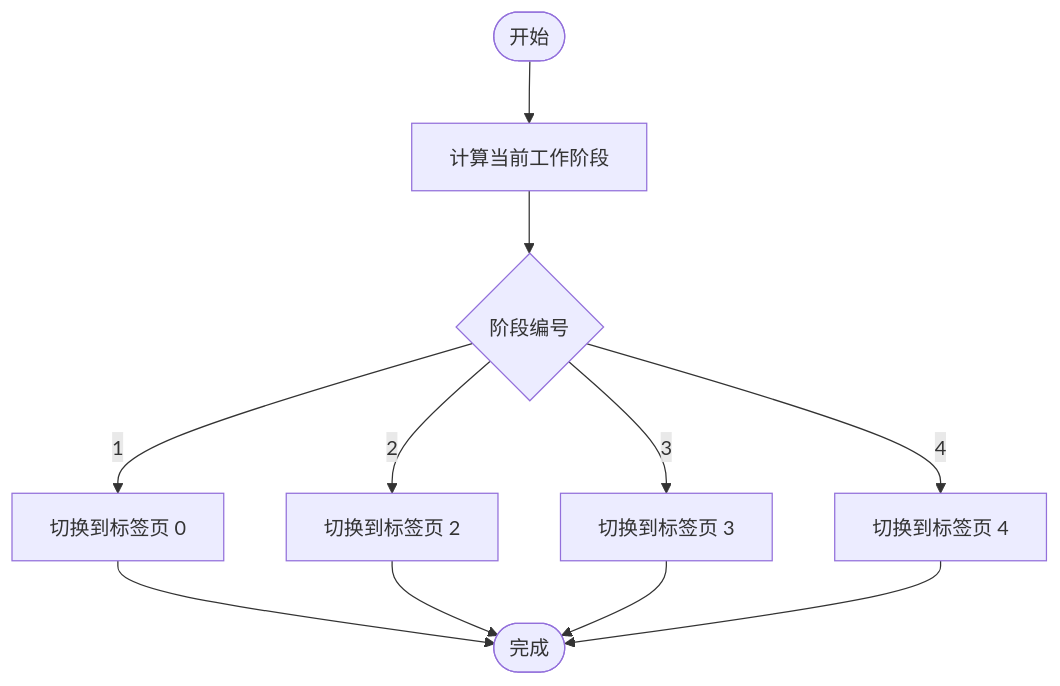
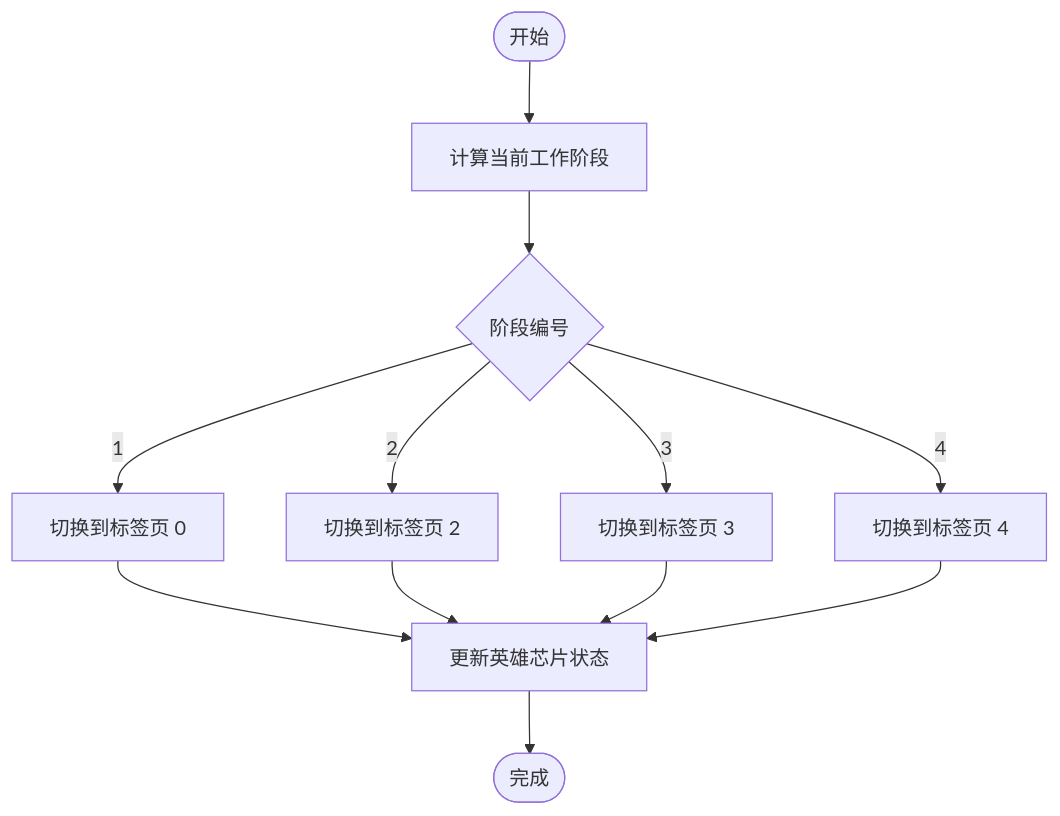
Before and after one commit to wsqstar/RoadGen3D: the fifth of 9 diagrams in .qoder/repowiki/zh/content/Web界面系统/工作台界面/设计草案面板.md, drawn with Mermaid. The commit also changed other lines of this file and 13 other files, not shown here.

````diff
--- a/.qoder/repowiki/zh/content/Web界面系统/工作台界面/设计草案面板.md
+++ b/.qoder/repowiki/zh/content/Web界面系统/工作台界面/设计草案面板.md
@@ -280,13 +364,14 @@
 ```mermaid
 flowchart TD
 Start([开始]) --> ComputeStep["计算当前工作阶段"]
 ComputeStep --> CheckStep{"阶段编号"}
 CheckStep --> |1| SwitchTab0["切换到标签页 0"]
 CheckStep --> |2| SwitchTab2["切换到标签页 2"]
 CheckStep --> |3| SwitchTab3["切换到标签页 3"]
 CheckStep --> |4| SwitchTab4["切换到标签页 4"]
-SwitchTab0 --> End([完成])
-SwitchTab2 --> End
-SwitchTab3 --> End
-SwitchTab4 --> End
+SwitchTab0 --> UpdateChips["更新英雄芯片状态"]
+SwitchTab2 --> UpdateChips
+SwitchTab3 --> UpdateChips
+SwitchTab4 --> UpdateChips
+UpdateChips --> End([完成])
 ```
````
